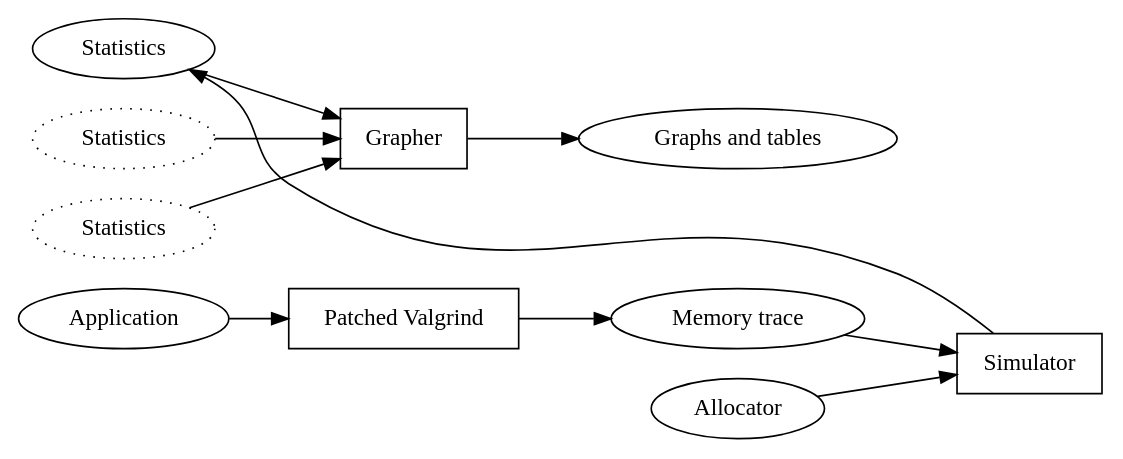
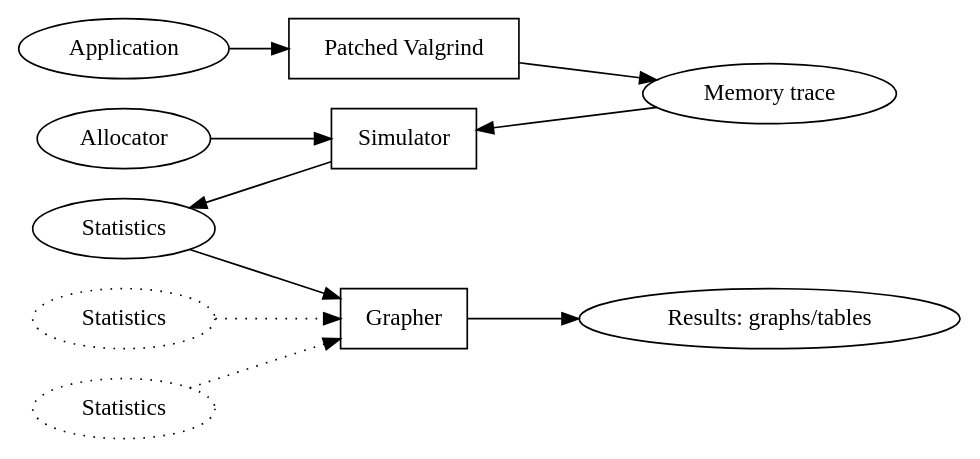
Before and after one commit to ohscar/rmalloc: the diagram in doc/paper/graphics/steve.dot, drawn with Graphviz.

Commit message:
Steve graph readability fix.

```diff
--- a/doc/paper/graphics/steve.dot
+++ b/doc/paper/graphics/steve.dot
@@ -1,48 +1,49 @@
 digraph before {
 
     /* 
 
     fs [label="<f1> F1|<f2> F2|<f3> F3"];
     xs [label="<x1> L1|<x2> L2"];
     us [label="<u1> U1|<u2> U2"];
     us3 [label="<u3> (too large) U3"];
     fs2 [label="<f6> F6"];
     as [label="<a> Rest"];
 
     fs -> xs -> us3 -> fs2;// -> as;
 
     {rank=same; fs xs us us3 fs2 as}
     */
 
     rankdir = LR;
 
+    simulator -> allocstats [constraint=false];
+    {rank=same; allocator; allocstats; }
+    {rank=same; simulator; valgrind; }
 
     subgraph stats {
         grapher [label="Grapher", shape=box];
         allocstats [label="Statistics"];
         allocstats1 [label="Statistics", style=dotted];
-        allocstats1 -> grapher;
+        allocstats1 -> grapher [style=dotted];
         allocstats -> grapher;
         allocstats2 [label="Statistics", style=dotted];
-        allocstats2 -> grapher;
+        allocstats2 -> grapher [style=dotted];
         grapher -> results;
-        results [label="Graphs and tables"];
+        results [label="Results: graphs/tables"];
     }
 
-    simulator -> allocstats [constraint=false];
-
-    subgraph simulator {
+    subgraph zimulator {
         valgrind [shape=box, label = "Patched Valgrind"];
         simulator [shape=box, label="Simulator"];
         application [label="Application"];
         memtrace [label="Memory trace"];
         allocator [label="Allocator"];
 
         application -> valgrind;
 
         valgrind -> memtrace;
 
         memtrace -> simulator;
         allocator -> simulator;
     }
 }
```
